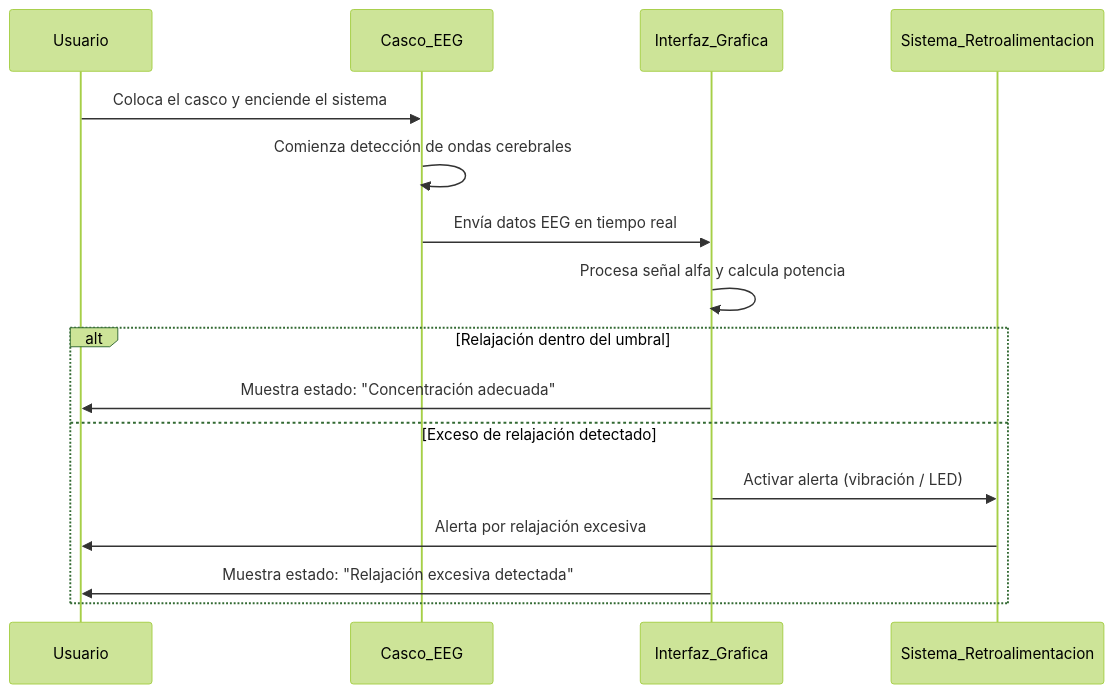
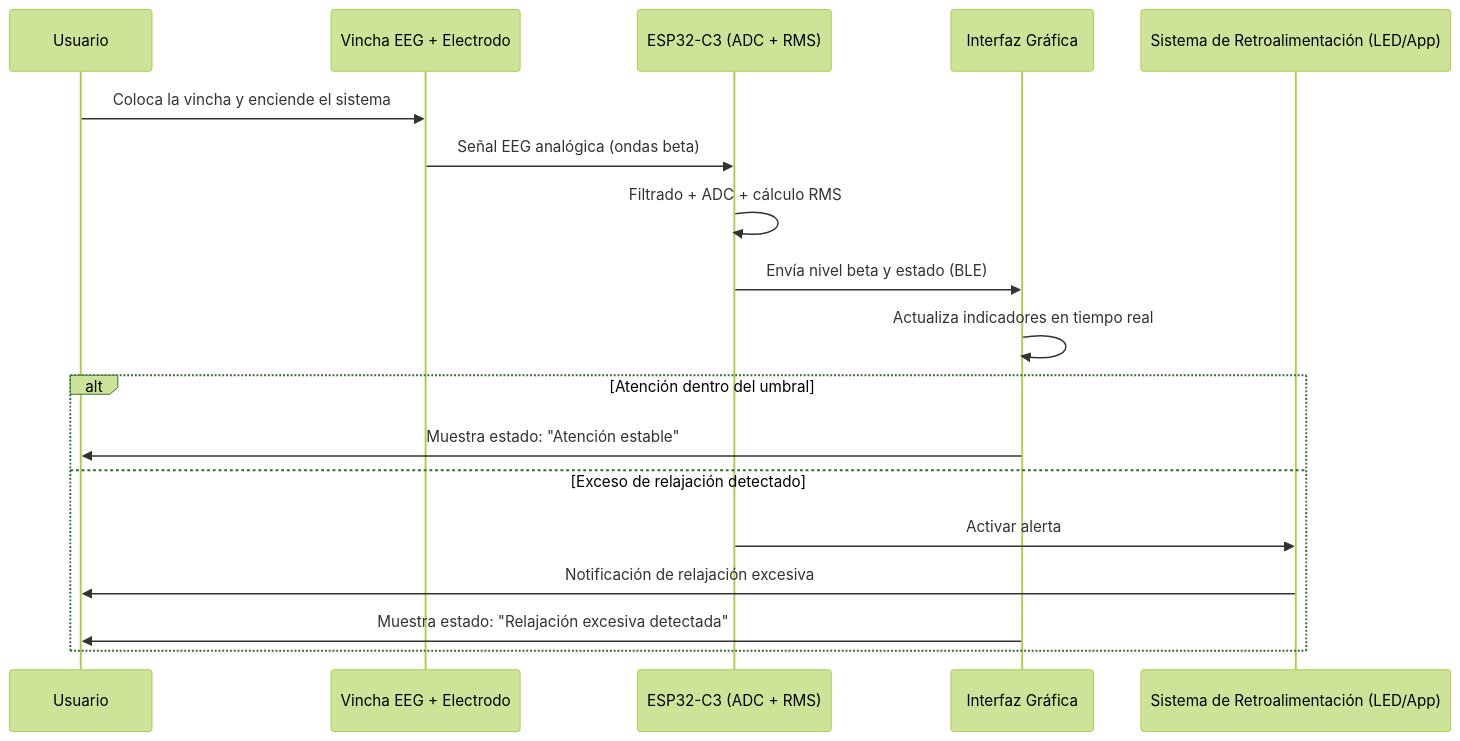
Before and after one commit to proyectoitsv/2025_EWHRA: the diagram in DiseñoSistemas/Diagramadesecuencia.mmd, drawn with Mermaid (forest theme).

Commit message:
Update sequence diagram participants and interactions

```diff
--- a/DiseñoSistemas/Diagramadesecuencia.mmd
+++ b/DiseñoSistemas/Diagramadesecuencia.mmd
@@ -1,18 +1,21 @@
 sequenceDiagram
     participant Usuario
-    participant Casco_EEG
-    participant Interfaz_Grafica
-    participant Sistema_Retroalimentacion
+    participant Vincha_EEG as Vincha EEG + Electrodo
+    participant ESP32 as ESP32-C3 (ADC + RMS)
+    participant App as Interfaz Gráfica
+    participant Feedback as Sistema de Retroalimentación (LED/App)
 
-    Usuario ->> Casco_EEG: Coloca el casco y enciende el sistema
-    Casco_EEG ->> Casco_EEG: Comienza detección de ondas cerebrales
-    Casco_EEG ->> Interfaz_Grafica: Envía datos EEG en tiempo real
-    Interfaz_Grafica ->> Interfaz_Grafica: Procesa señal alfa y calcula potencia
+    Usuario ->> Vincha_EEG: Coloca la vincha y enciende el sistema
+    Vincha_EEG ->> ESP32: Señal EEG analógica (ondas beta)
+    ESP32 ->> ESP32: Filtrado + ADC + cálculo RMS
 
-    alt Relajación dentro del umbral
-        Interfaz_Grafica ->> Usuario: Muestra estado: "Concentración adecuada"
+    ESP32 ->> App: Envía nivel beta y estado (BLE)
+    App ->> App: Actualiza indicadores en tiempo real
+
+    alt Atención dentro del umbral
+        App ->> Usuario: Muestra estado: "Atención estable"
     else Exceso de relajación detectado
-        Interfaz_Grafica ->> Sistema_Retroalimentacion: Activar alerta (vibración / LED)
-        Sistema_Retroalimentacion ->> Usuario: Alerta por relajación excesiva
-        Interfaz_Grafica ->> Usuario: Muestra estado: "Relajación excesiva detectada"
+        ESP32 ->> Feedback: Activar alerta
+        Feedback ->> Usuario: Notificación de relajación excesiva
+        App ->> Usuario: Muestra estado: "Relajación excesiva detectada"
     end
```
